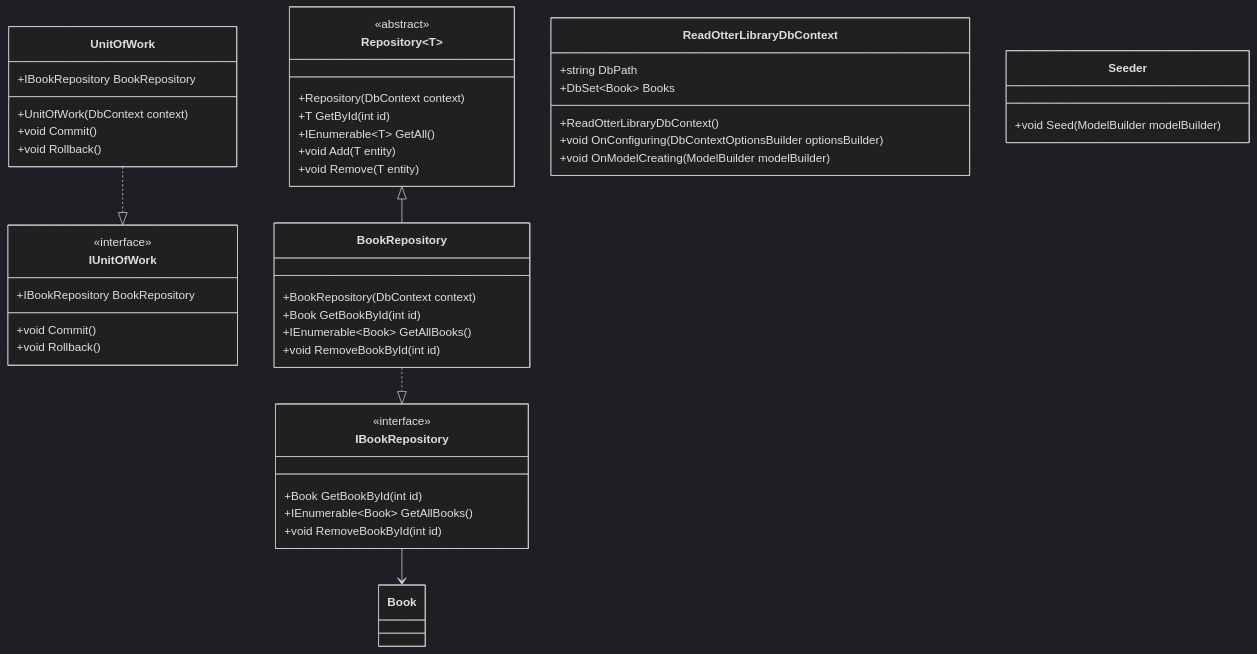
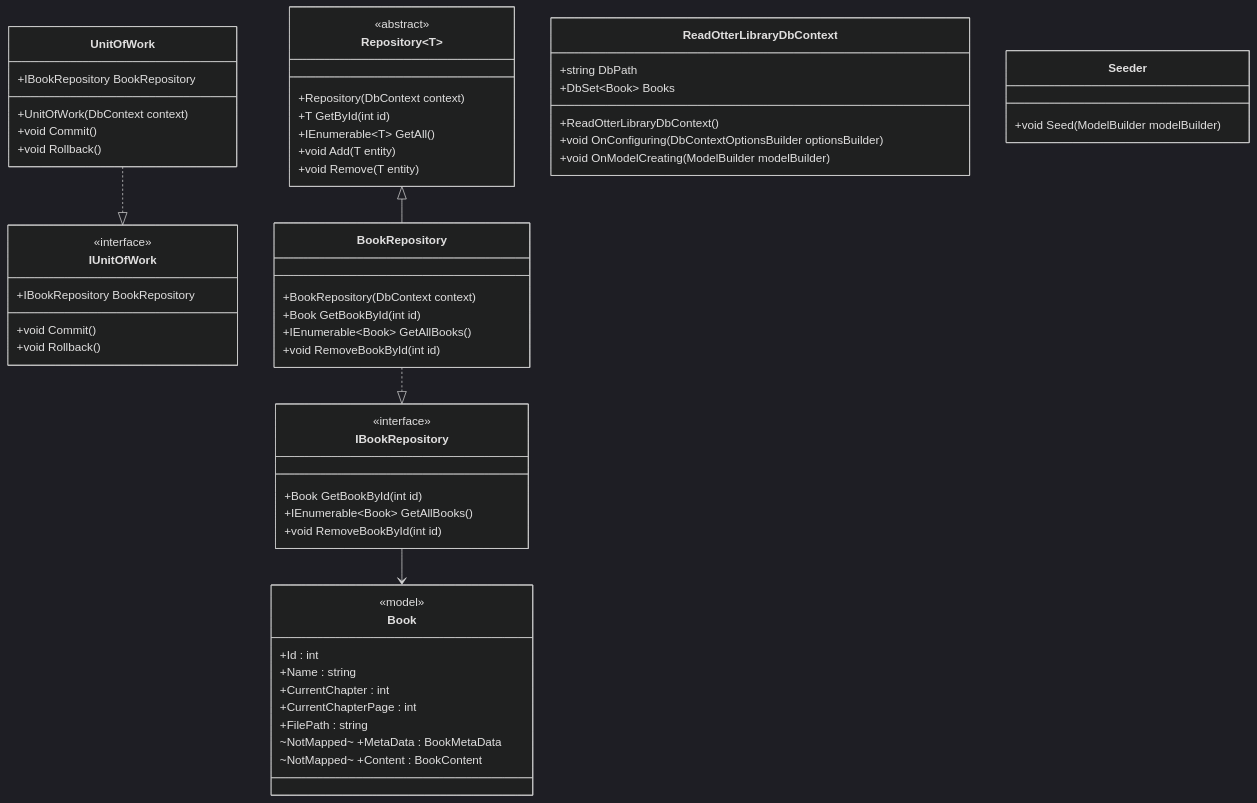
One commit to JulianKirk/ReadOtter changed the second of 2 diagrams in README.md. Above: the diagram before and after it, drawn with Mermaid (dark theme). The commit also changed other lines of this file, not shown here.

Commit message:
Update README.md again

````diff
--- a/README.md
+++ b/README.md
@@ -161,57 +161,68 @@
 ```mermaid
 classDiagram
 
 class IUnitOfWork {
     <<interface>>
     +void Commit()
     +void Rollback()
     +IBookRepository BookRepository
 }
 
 class UnitOfWork {
     +UnitOfWork(DbContext context)
     +void Commit()
     +void Rollback()
     +IBookRepository BookRepository
 }
 
 class IBookRepository {
     <<interface>>
     +Book GetBookById(int id)
     +IEnumerable~Book~ GetAllBooks()
     +void RemoveBookById(int id)
 }
 
 class BookRepository {
     +BookRepository(DbContext context)
     +Book GetBookById(int id)
     +IEnumerable~Book~ GetAllBooks()
     +void RemoveBookById(int id)
 }
 
 class Repository~T~ {
     <<abstract>>
     +Repository(DbContext context)
     +T GetById(int id)
     +IEnumerable~T~ GetAll()
     +void Add(T entity)
     +void Remove(T entity)
 }
 
 class ReadOtterLibraryDbContext {
     +string DbPath
     +DbSet~Book~ Books
     +ReadOtterLibraryDbContext()
     +void OnConfiguring(DbContextOptionsBuilder optionsBuilder)
     +void OnModelCreating(ModelBuilder modelBuilder)
 }
 
 class Seeder {
     +void Seed(ModelBuilder modelBuilder)
 }
 
+class Book {
+    <<model>>
+    +Id : int
+    +Name : string
+    +CurrentChapter : int
+    +CurrentChapterPage : int
+    +FilePath : string
+    ~NotMapped~ +MetaData : BookMetaData
+    ~NotMapped~ +Content : BookContent
+}
+
 UnitOfWork ..|> IUnitOfWork
 BookRepository ..|> IBookRepository
 Repository~T~ <|-- BookRepository
 IBookRepository --> Book
 ```
````
